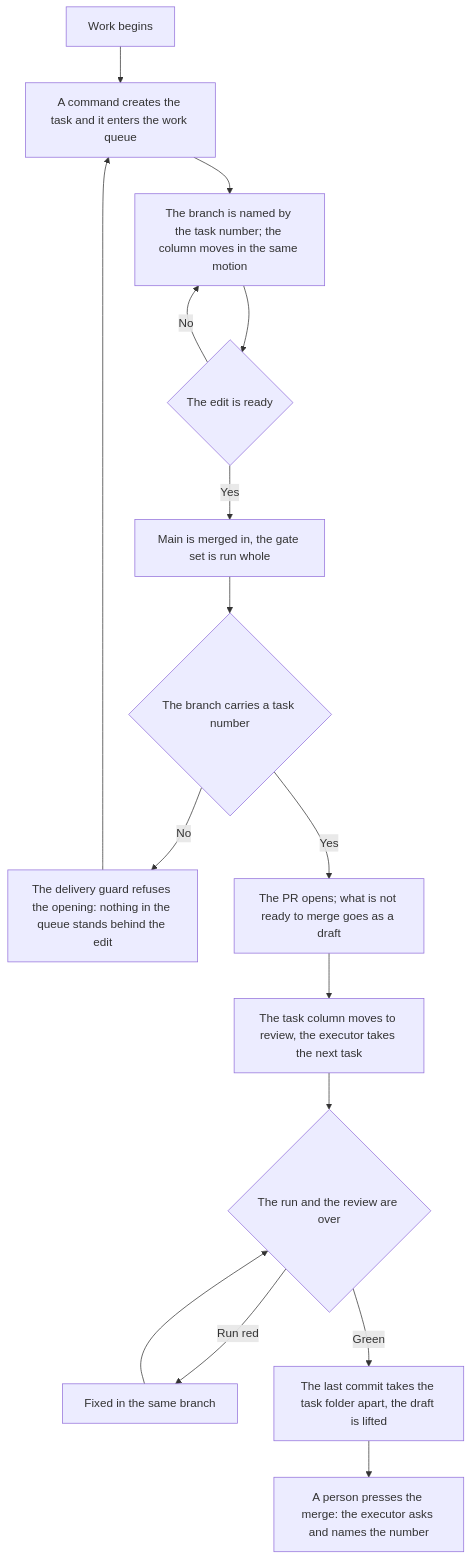
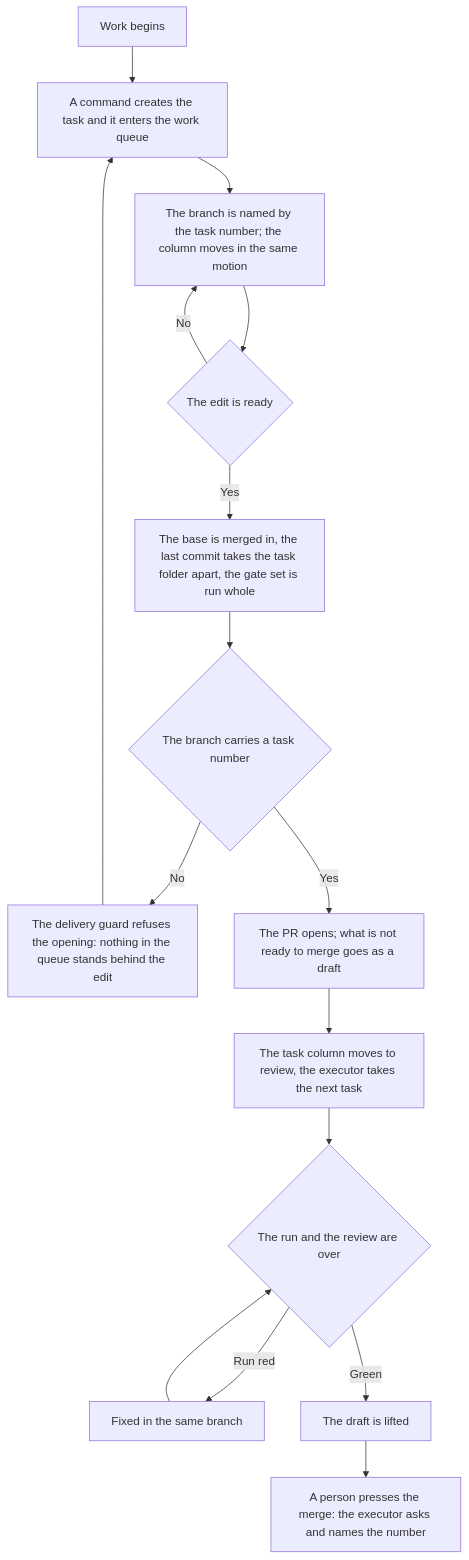
Before and after one commit to Eyhenij/rt-tools: the diagram in projects/agent-kit/assets/rules/git-workflow.azure.md, drawn with Mermaid. The commit also changed 8 other files, not shown here.

First line of the commit message:
docs(rt:agent-kit): схемы поставки разбирают папку задачи до PR, повторы с task-flow убраны

````diff
--- a/projects/agent-kit/assets/rules/git-workflow.azure.md
+++ b/projects/agent-kit/assets/rules/git-workflow.azure.md
@@ -43,18 +43,18 @@
 ```mermaid
 flowchart TD
     A[Work begins] --> B[A command creates the task and it enters the work queue]
     B --> C[The branch is named by the task number; the column moves in the same motion]
     C --> D{The edit is ready}
     D -->|No| C
-    D -->|Yes| E[Main is merged in, the gate set is run whole]
+    D -->|Yes| E[The base is merged in, the last commit takes the task folder apart, the gate set is run whole]
     E --> F{The branch carries a task number}
     F -->|No| G[The delivery guard refuses the opening: nothing in the queue stands behind the edit]
     F -->|Yes| H[The PR opens; what is not ready to merge goes as a draft]
     H --> I[The task column moves to review, the executor takes the next task]
     I --> J{The run and the review are over}
     J -->|Run red| K[Fixed in the same branch]
     K --> J
-    J -->|Green| L[The last commit takes the task folder apart, the draft is lifted]
+    J -->|Green| L[The draft is lifted]
     L --> M[A person presses the merge: the executor asks and names the number]
     G --> B
 ```
````
